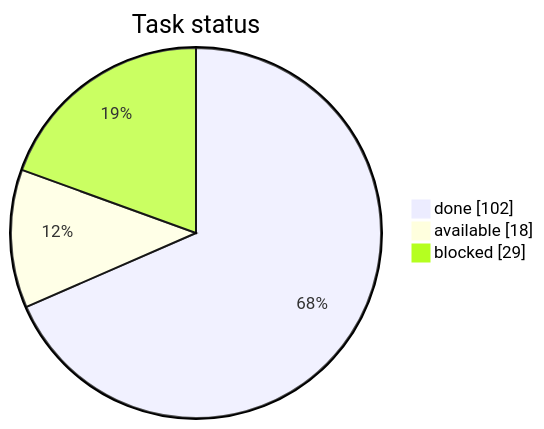
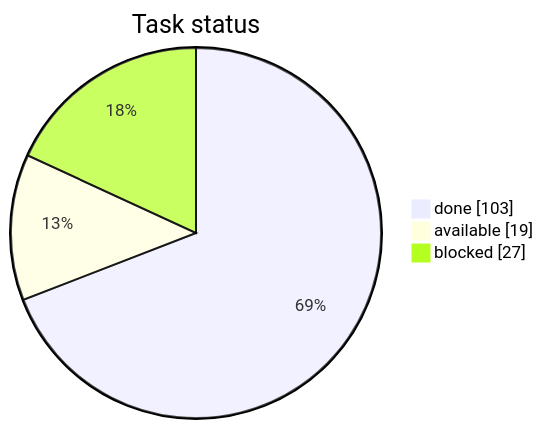
One commit to artemiiShabanov/RallyRivals changed the first of 3 diagrams in STATUS.md. Above: the diagram before and after it, drawn with Mermaid. The commit also changed other lines of this file and 1 other file, not shown here.

Commit message:
tasks: mark code-ai-boss done

````diff
--- a/STATUS.md
+++ b/STATUS.md
@@ -7,7 +7,7 @@
 ```mermaid
 pie showData
     title Task status
-    "done" : 102
-    "available" : 18
-    "blocked" : 29
+    "done" : 103
+    "available" : 19
+    "blocked" : 27
 ```
````
